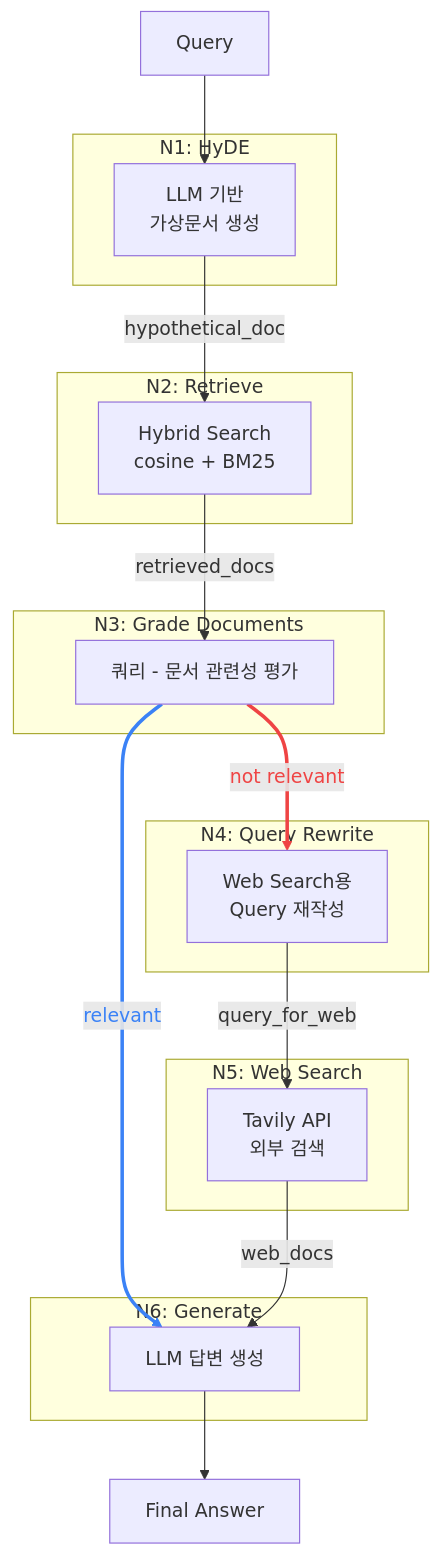
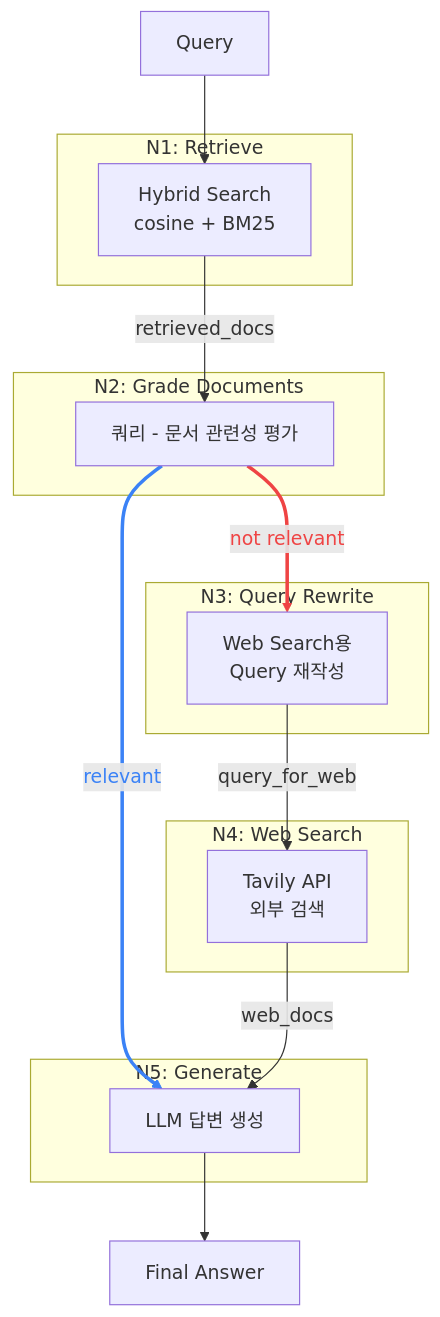
Before and after one commit to linkmind-ai/rag-project: the first of 3 diagrams in README.md, drawn with Mermaid.

Commit message:
fix: HyDE node of RAG architecture diagram removed

````diff
--- a/README.md
+++ b/README.md
@@ -29,52 +29,47 @@
 ```mermaid
 flowchart TD
 
     %% Input
     A[Query]
 
     %% Subgraphs
-    subgraph N1 [N1: HyDE]
-        B[LLM 기반<br>가상문서 생성]
-    end
-
-    subgraph N2 [N2: Retrieve]
+    subgraph N1 [N1: Retrieve]
         C[Hybrid Search<br>cosine + BM25]
     end
 
-    subgraph N3 [N3: Grade Documents]
+    subgraph N2 [N2: Grade Documents]
         D[쿼리 - 문서 관련성 평가]
     end
 
-    subgraph N4 [N4: Query Rewrite]
+    subgraph N3 [N3: Query Rewrite]
         E[Web Search용<br>Query 재작성]
     end
 
-    subgraph N5 [N5: Web Search]
+    subgraph N4 [N4: Web Search]
         F[Tavily API<br>외부 검색]
     end
 
-    subgraph N6 [N6: Generate]
+    subgraph N5 [N5: Generate]
         G[LLM 답변 생성]
     end
 
     H[Final Answer]
 
     %% Flow
-    A --> B
-    B -->|hypothetical_doc| C
+    A --> C
     C -->|retrieved_docs| D
 
     %% Branching
     D -->|relevant| G
     D -->|not relevant| E
 
     %% Web fallback
     E -->|query_for_web| F
     F -->|web_docs| G
 
     G --> H
 
     %% Edge coloring
-    linkStyle 3 stroke:#3b82f6,stroke-width:3px,color:#3b82f6
-    linkStyle 4 stroke:#ef4444,stroke-width:3px,color:#ef4444
+    linkStyle 2 stroke:#3b82f6,stroke-width:3px,color:#3b82f6
+    linkStyle 3 stroke:#ef4444,stroke-width:3px,color:#ef4444
 ```
````
